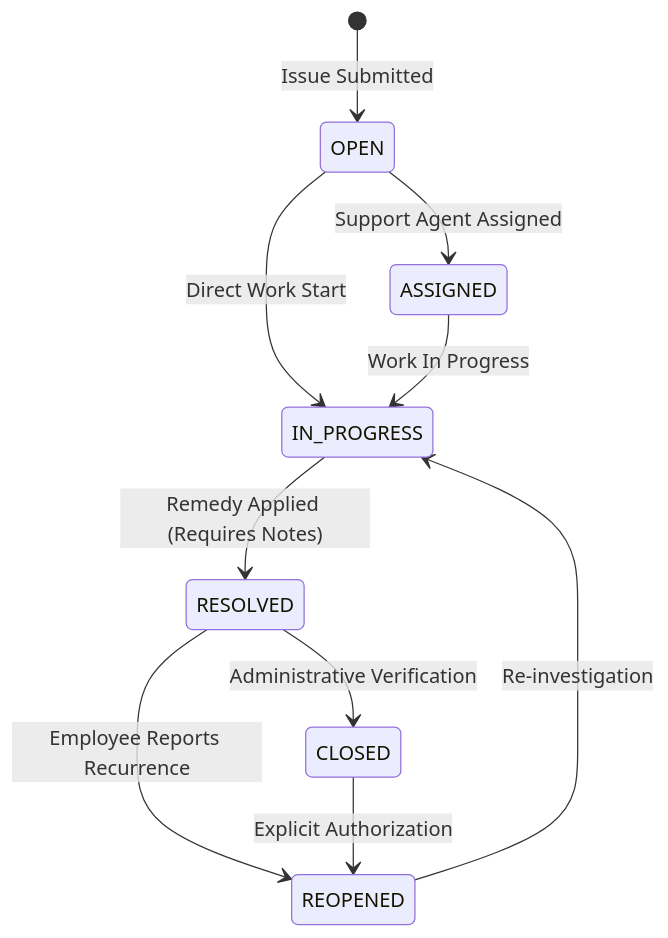
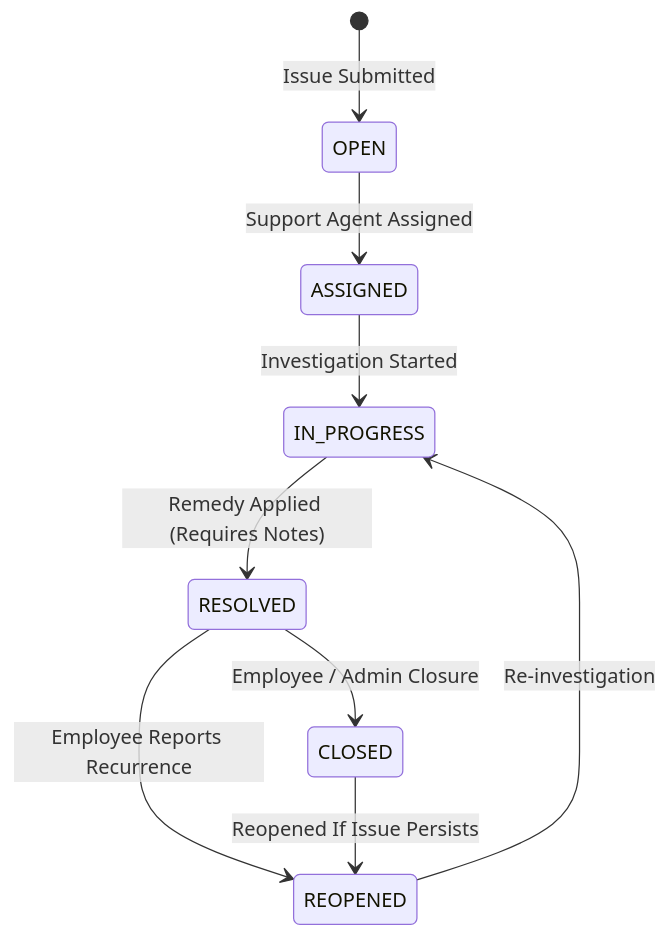
One commit to Haritra-rm/TrackIT-IT-Service-Management changed the second of 2 diagrams in README.md. Above: the diagram before and after it, drawn with Mermaid. The commit also changed other lines of this file and 52 other files, not shown here.

````diff
--- a/README.md
+++ b/README.md
@@ -139,12 +139,11 @@
 ```mermaid
 stateDiagram-v2
     [*] --> OPEN : Issue Submitted
     OPEN --> ASSIGNED : Support Agent Assigned
-    OPEN --> IN_PROGRESS : Direct Work Start
-    ASSIGNED --> IN_PROGRESS : Work In Progress
+    ASSIGNED --> IN_PROGRESS : Investigation Started
     IN_PROGRESS --> RESOLVED : Remedy Applied (Requires Notes)
-    RESOLVED --> CLOSED : Administrative Verification
+    RESOLVED --> CLOSED : Employee / Admin Closure
     RESOLVED --> REOPENED : Employee Reports Recurrence
-    CLOSED --> REOPENED : Explicit Authorization
+    CLOSED --> REOPENED : Reopened If Issue Persists
     REOPENED --> IN_PROGRESS : Re-investigation
 ```
````
